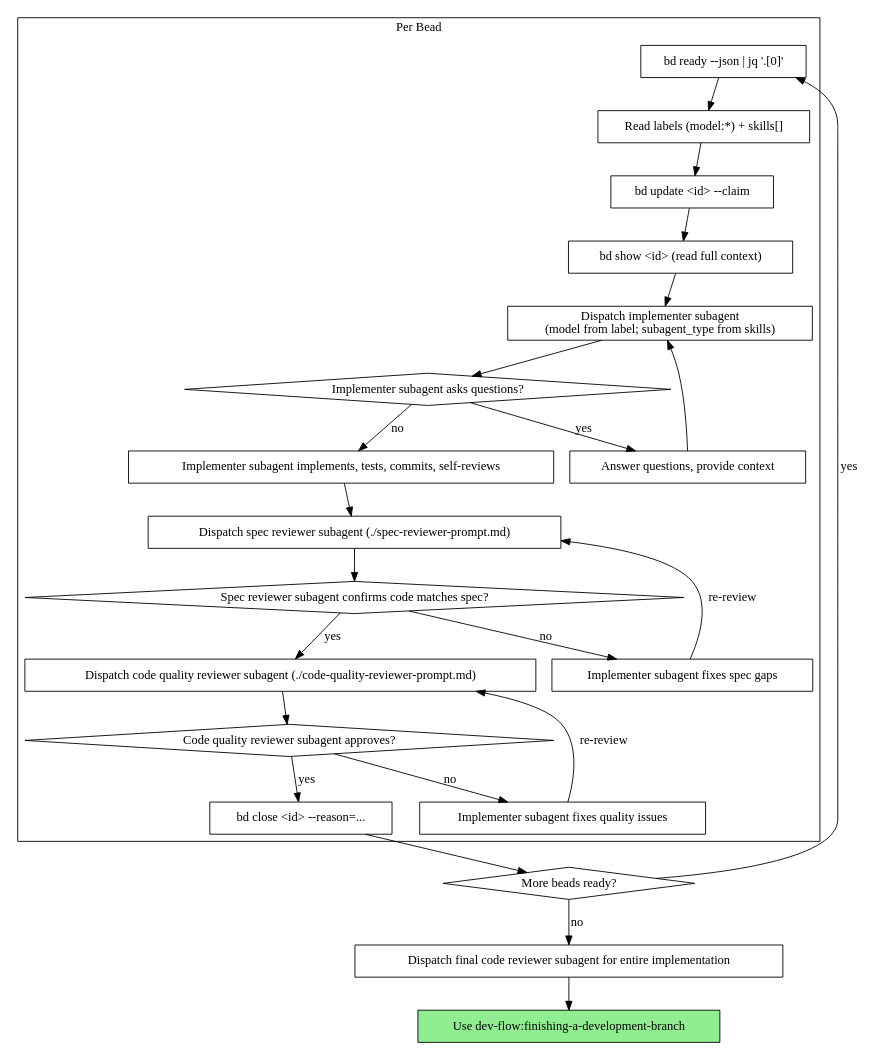
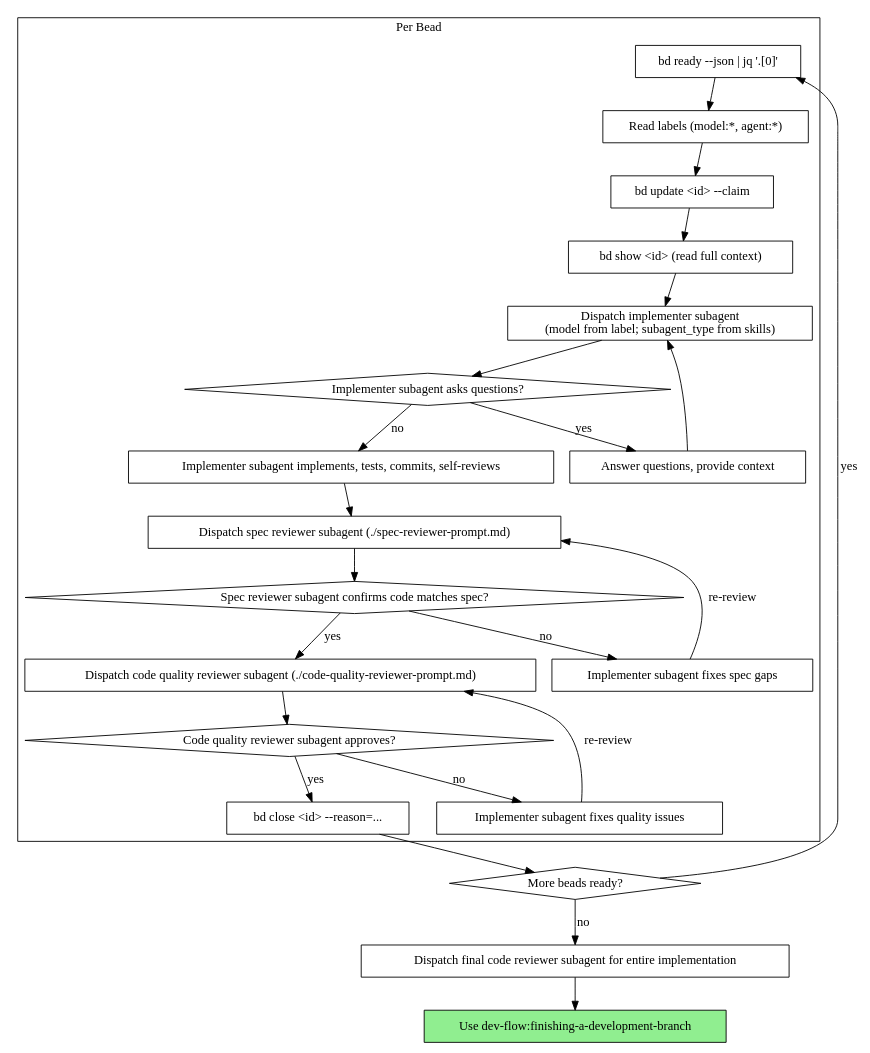
The second of 2 diagrams in dev-flow/skills/subagent-driven-development/SKILL.md (fzymgc-house/fzymgc-house-skills), drawn with Graphviz before and after one commit. The commit also changed other lines of this file and 15 other files, not shown here.

Commit message:
fix(dev-flow): correct --skills routing + tighten/retime capture-adrs (#103)

````diff
--- a/dev-flow/skills/subagent-driven-development/SKILL.md
+++ b/dev-flow/skills/subagent-driven-development/SKILL.md
@@ -68,50 +68,50 @@
 ```dot
 digraph process {
     rankdir=TB;
 
     subgraph cluster_per_task {
         label="Per Bead";
         "bd ready --json | jq '.[0]'" [shape=box];
-        "Read labels (model:*) + skills[]" [shape=box];
+        "Read labels (model:*, agent:*)" [shape=box];
         "bd update <id> --claim" [shape=box];
         "bd show <id> (read full context)" [shape=box];
         "Dispatch implementer subagent\n(model from label; subagent_type from skills)" [shape=box];
         "Implementer subagent asks questions?" [shape=diamond];
         "Answer questions, provide context" [shape=box];
         "Implementer subagent implements, tests, commits, self-reviews" [shape=box];
         "Dispatch spec reviewer subagent (./spec-reviewer-prompt.md)" [shape=box];
         "Spec reviewer subagent confirms code matches spec?" [shape=diamond];
         "Implementer subagent fixes spec gaps" [shape=box];
         "Dispatch code quality reviewer subagent (./code-quality-reviewer-prompt.md)" [shape=box];
         "Code quality reviewer subagent approves?" [shape=diamond];
         "Implementer subagent fixes quality issues" [shape=box];
         "bd close <id> --reason=..." [shape=box];
     }
 
     "More beads ready?" [shape=diamond];
     "Dispatch final code reviewer subagent for entire implementation" [shape=box];
     "Use dev-flow:finishing-a-development-branch" [shape=box style=filled fillcolor=lightgreen];
 
-    "bd ready --json | jq '.[0]'" -> "Read labels (model:*) + skills[]";
-    "Read labels (model:*) + skills[]" -> "bd update <id> --claim";
+    "bd ready --json | jq '.[0]'" -> "Read labels (model:*, agent:*)";
+    "Read labels (model:*, agent:*)" -> "bd update <id> --claim";
     "bd update <id> --claim" -> "bd show <id> (read full context)";
     "bd show <id> (read full context)" -> "Dispatch implementer subagent\n(model from label; subagent_type from skills)";
     "Dispatch implementer subagent\n(model from label; subagent_type from skills)" -> "Implementer subagent asks questions?";
     "Implementer subagent asks questions?" -> "Answer questions, provide context" [label="yes"];
     "Answer questions, provide context" -> "Dispatch implementer subagent\n(model from label; subagent_type from skills)";
     "Implementer subagent asks questions?" -> "Implementer subagent implements, tests, commits, self-reviews" [label="no"];
     "Implementer subagent implements, tests, commits, self-reviews" -> "Dispatch spec reviewer subagent (./spec-reviewer-prompt.md)";
     "Dispatch spec reviewer subagent (./spec-reviewer-prompt.md)" -> "Spec reviewer subagent confirms code matches spec?";
     "Spec reviewer subagent confirms code matches spec?" -> "Implementer subagent fixes spec gaps" [label="no"];
     "Implementer subagent fixes spec gaps" -> "Dispatch spec reviewer subagent (./spec-reviewer-prompt.md)" [label="re-review"];
     "Spec reviewer subagent confirms code matches spec?" -> "Dispatch code quality reviewer subagent (./code-quality-reviewer-prompt.md)" [label="yes"];
     "Dispatch code quality reviewer subagent (./code-quality-reviewer-prompt.md)" -> "Code quality reviewer subagent approves?";
     "Code quality reviewer subagent approves?" -> "Implementer subagent fixes quality issues" [label="no"];
     "Implementer subagent fixes quality issues" -> "Dispatch code quality reviewer subagent (./code-quality-reviewer-prompt.md)" [label="re-review"];
     "Code quality reviewer subagent approves?" -> "bd close <id> --reason=..." [label="yes"];
     "bd close <id> --reason=..." -> "More beads ready?";
     "More beads ready?" -> "bd ready --json | jq '.[0]'" [label="yes"];
     "More beads ready?" -> "Dispatch final code reviewer subagent for entire implementation" [label="no"];
     "Dispatch final code reviewer subagent for entire implementation" -> "Use dev-flow:finishing-a-development-branch";
 }
 ```
````
